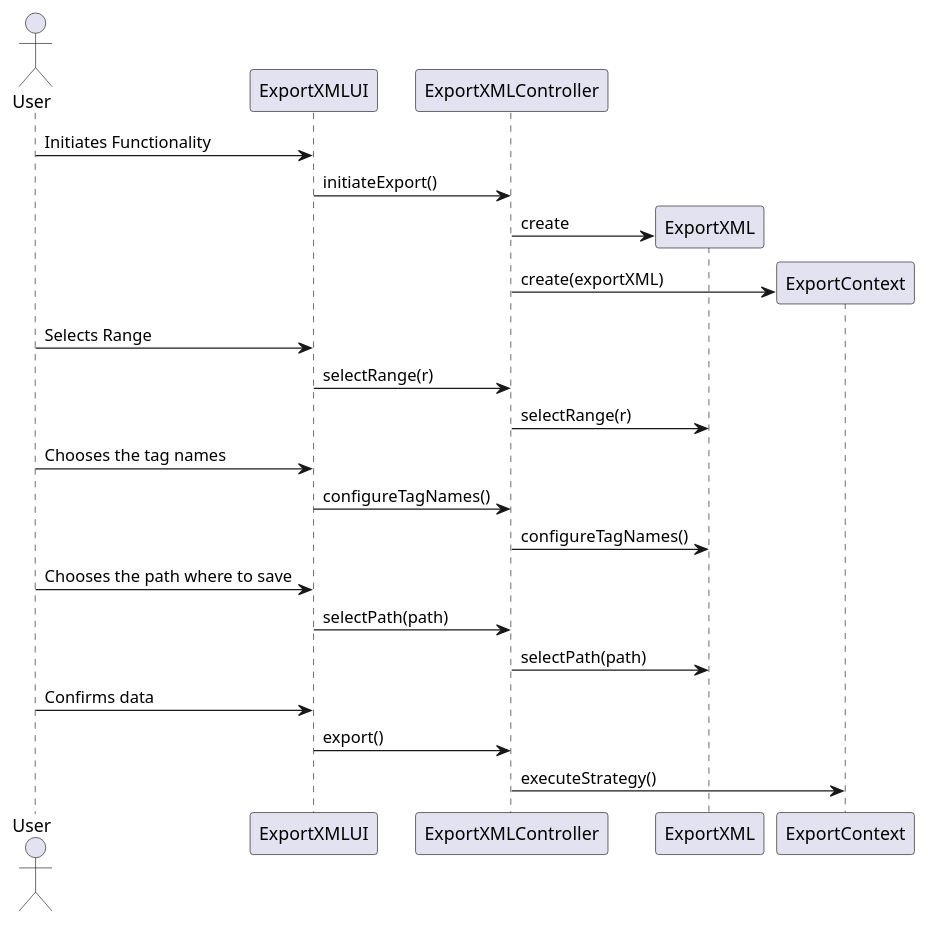
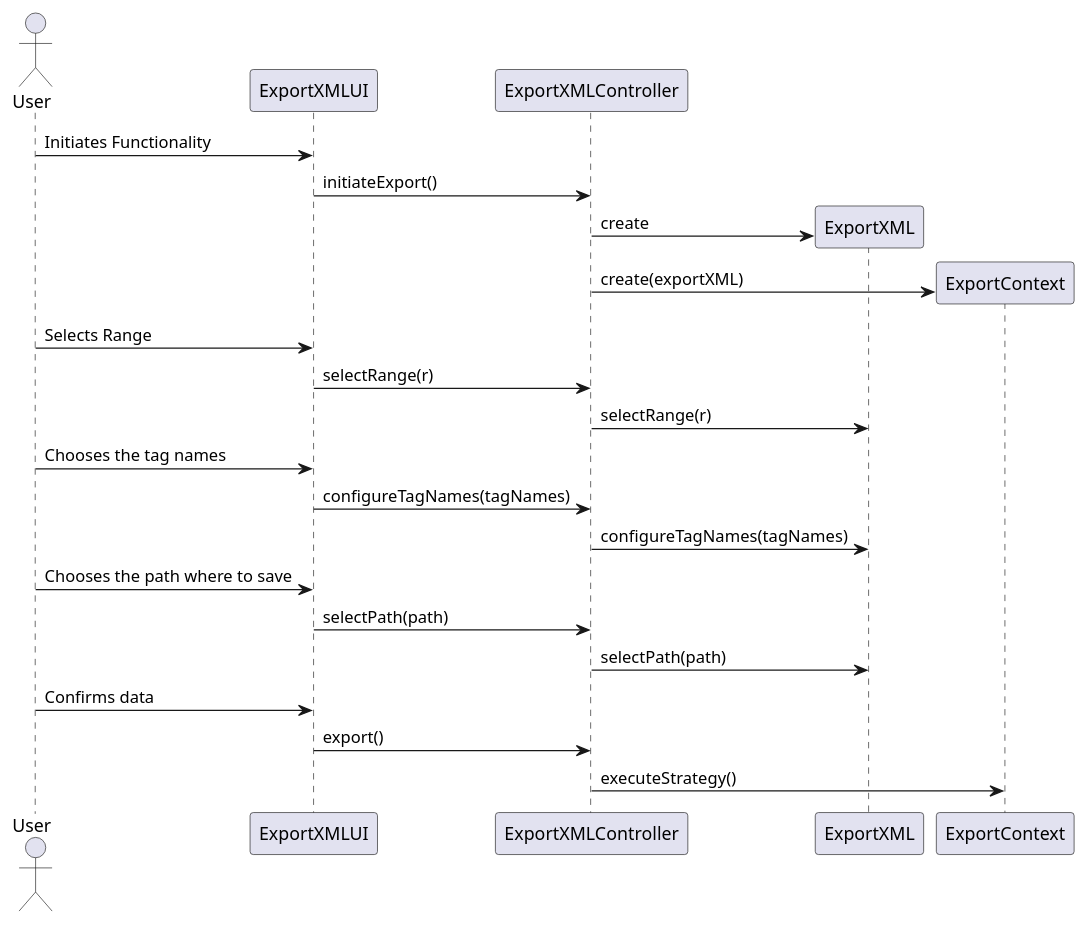
The diagram in src/main/java/lapr4/blue/s1/lang/n1141570/XML/lang08_01_design_sd.puml (MikeTekOn/lapr4-2017-2dd), drawn with PlantUML before and after one commit. The commit also changed 2 other files, not shown here.

Commit message:
LAPR4E17DD-165 #time 2h #comment updates package-info, adds class diagram

```diff
--- a/src/main/java/lapr4/blue/s1/lang/n1141570/XML/lang08_01_design_sd.puml
+++ b/src/main/java/lapr4/blue/s1/lang/n1141570/XML/lang08_01_design_sd.puml
@@ -1,23 +1,23 @@
 @startuml
 actor User
 User -> ExportXMLUI : Initiates Functionality
 ExportXMLUI->ExportXMLController: initiateExport()
 create ExportXML
 ExportXMLController->ExportXML : create
 create ExportContext
 ExportXMLController->ExportContext : create(exportXML)
 User -> ExportXMLUI : Selects Range
 ExportXMLUI->ExportXMLController: selectRange(r)
 ExportXMLController->ExportXML: selectRange(r)
 User -> ExportXMLUI : Chooses the tag names
-ExportXMLUI->ExportXMLController: configureTagNames()
-ExportXMLController->ExportXML: configureTagNames()
+ExportXMLUI->ExportXMLController: configureTagNames(tagNames)
+ExportXMLController->ExportXML: configureTagNames(tagNames)
 User -> ExportXMLUI : Chooses the path where to save
 ExportXMLUI->ExportXMLController: selectPath(path)
 ExportXMLController->ExportXML: selectPath(path)
 
 User -> ExportXMLUI : Confirms data
 ExportXMLUI -> ExportXMLController : export()
 
 ExportXMLController -> ExportContext : executeStrategy()
 @enduml
```
